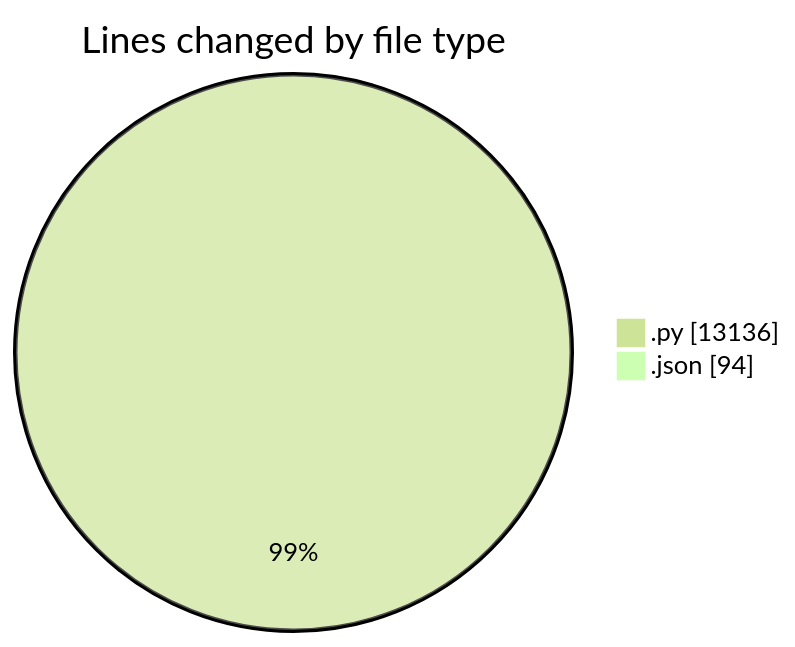
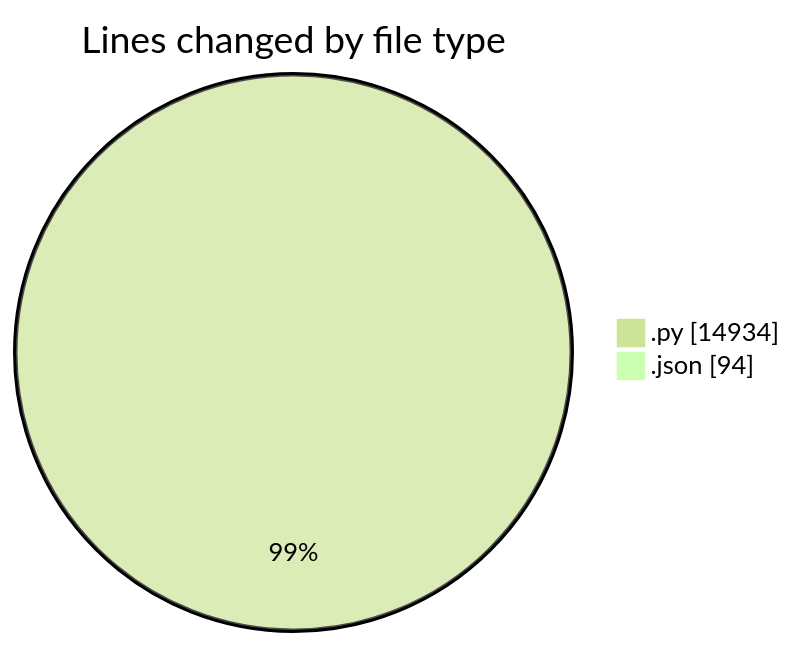
Before and after one commit to jrari/code-tracking: the first of 2 diagrams in 2025-07-14/telebot/README.md, drawn with Mermaid (forest theme). The commit also changed other lines of this file and 1 other file, not shown here.

````diff
--- a/2025-07-14/telebot/README.md
+++ b/2025-07-14/telebot/README.md
@@ -38,6 +38,6 @@
 ```mermaid
 pie showData
 title Lines changed by file type
-".py" : 13136
+".py" : 14934
 ".json" : 94
 ```
````
